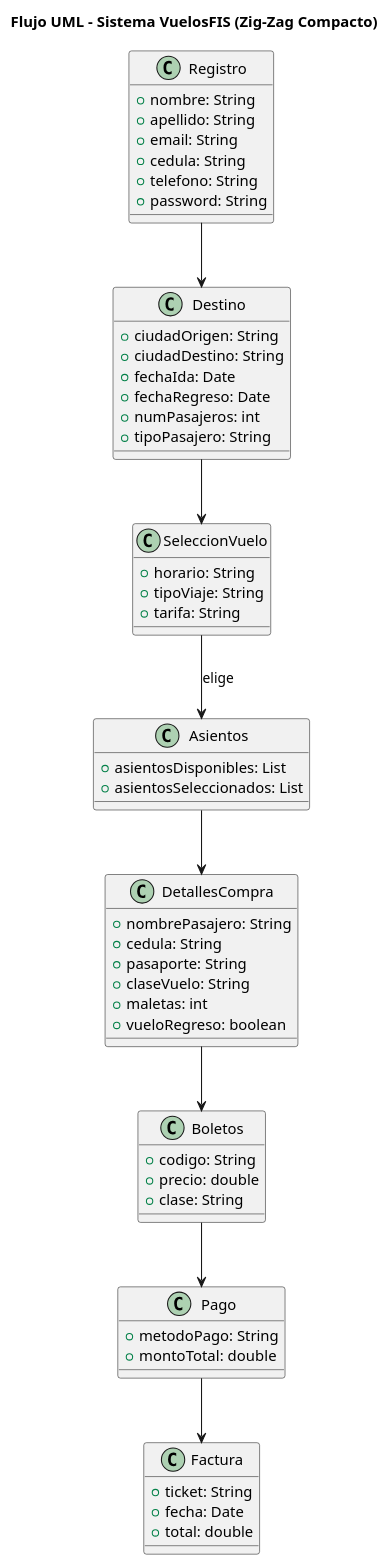
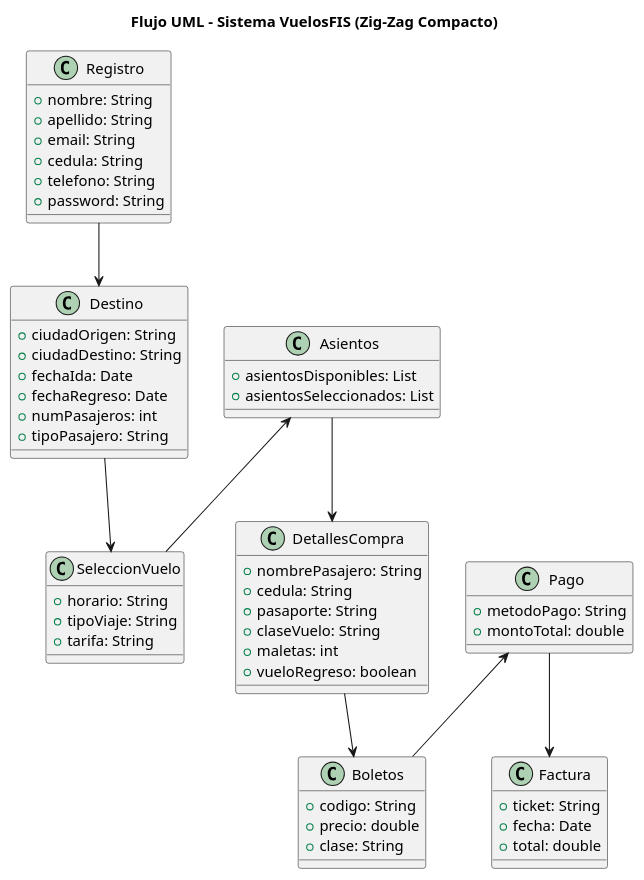
Before and after one commit to Kayden335/VuelosFIS: the diagram in src/main/java/main/VuelosFISuml.puml, drawn with PlantUML. The commit also changed 6 other files, not shown here.

```diff
--- a/src/main/java/main/VuelosFISuml.puml
+++ b/src/main/java/main/VuelosFISuml.puml
@@ -1,71 +1,70 @@
 @startuml
 title Flujo UML - Sistema VuelosFIS (Zig-Zag Compacto)
 
 class Registro {
   +nombre: String
   +apellido: String
   +email: String
   +cedula: String
   +telefono: String
   +password: String
 }
 
 class Destino {
   +ciudadOrigen: String
   +ciudadDestino: String
   +fechaIda: Date
   +fechaRegreso: Date
   +numPasajeros: int
   +tipoPasajero: String
 }
 
 class SeleccionVuelo {
   +horario: String
   +tipoViaje: String
   +tarifa: String
 }
 
 class Asientos {
   +asientosDisponibles: List
   +asientosSeleccionados: List
 }
 
 class DetallesCompra {
   +nombrePasajero: String
   +cedula: String
   +pasaporte: String
   +claseVuelo: String
   +maletas: int
   +vueloRegreso: boolean
 }
 
 class Boletos {
   +codigo: String
   +precio: double
   +clase: String
 }
 
 class Pago {
   +metodoPago: String
   +montoTotal: double
 }
 
 class Factura {
   +ticket: String
   +fecha: Date
   +total: double
 }
 
-' ==== Zig-Zag fuerte ====
+
 Registro --> Destino
 Destino --> SeleccionVuelo
 
-SeleccionVuelo --> Asientos : elige
+Asientos <-- SeleccionVuelo
 Asientos --> DetallesCompra
 
 DetallesCompra --> Boletos
-Boletos --> Pago
+Pago <-- Boletos
 
 Pago --> Factura
-
 @enduml
```
